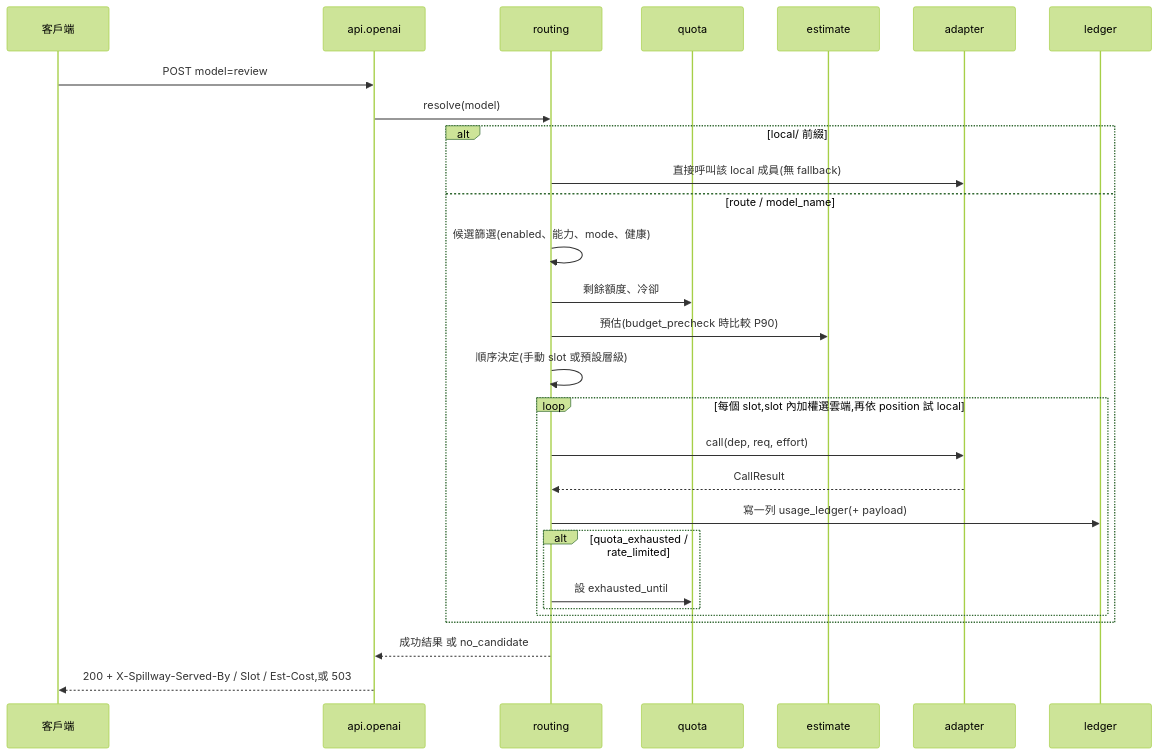
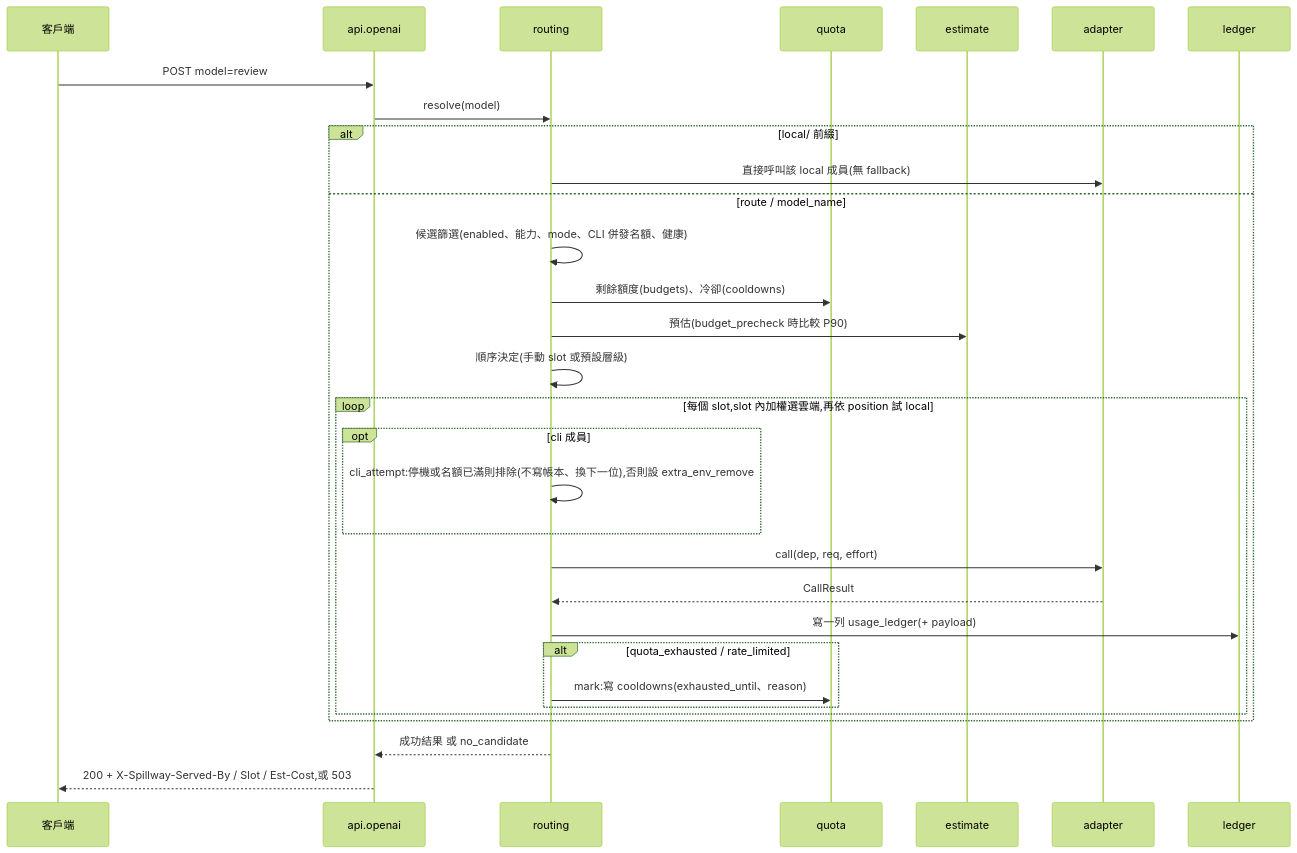
The second of 4 diagrams in sdlc_docs/structure/logical.md (kamira/spillway), drawn with Mermaid (forest theme) before and after one commit. The commit also changed other lines of this file and 6 other files, not shown here.

Commit message:
CHG-20261101-03: T10 規格書、Guideline 與結構文件同步(spec 4.2.4、4.5.2、5.3.2、5.3.3、6.3.2、7.3.2、7.4.3、9.2、9.2.4 與修訂行;Guideline v1.5 M3a/M3b 拆分;design v1.4 D28–D32 與 CliRunner/AdapterContext/分層規則;data v1.2 schema v2 與 migration;logical v1.3;directory v1.3;README CLI 成員、init、升級與停機)

````diff
--- a/sdlc_docs/structure/logical.md
+++ b/sdlc_docs/structure/logical.md
@@ -103,30 +105,33 @@
 ```mermaid
 sequenceDiagram
   participant C as 客戶端
   participant O as api.openai
   participant R as routing
   participant Q as quota
   participant E as estimate
   participant A as adapter
   participant L as ledger
   C->>O: POST model=review
   O->>R: resolve(model)
   alt local/ 前綴
     R->>A: 直接呼叫該 local 成員(無 fallback)
   else route / model_name
-    R->>R: 候選篩選(enabled、能力、mode、健康)
-    R->>Q: 剩餘額度、冷卻
+    R->>R: 候選篩選(enabled、能力、mode、CLI 併發名額、健康)
+    R->>Q: 剩餘額度(budgets)、冷卻(cooldowns)
     R->>E: 預估(budget_precheck 時比較 P90)
     R->>R: 順序決定(手動 slot 或預設層級)
     loop 每個 slot,slot 內加權選雲端,再依 position 試 local
+      opt cli 成員
+        R->>R: cli_attempt:停機或名額已滿則排除(不寫帳本、換下一位),否則設 extra_env_remove
+      end
       R->>A: call(dep, req, effort)
       A-->>R: CallResult
       R->>L: 寫一列 usage_ledger(+ payload)
       alt quota_exhausted / rate_limited
-        R->>Q: 設 exhausted_until
+        R->>Q: mark:寫 cooldowns(exhausted_until、reason)
       end
     end
   end
   R-->>O: 成功結果 或 no_candidate
   O-->>C: 200 + X-Spillway-Served-By / Slot / Est-Cost,或 503
 ```
````
